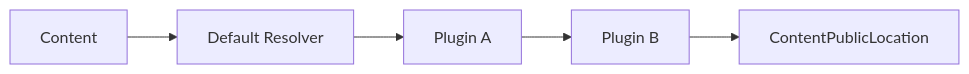
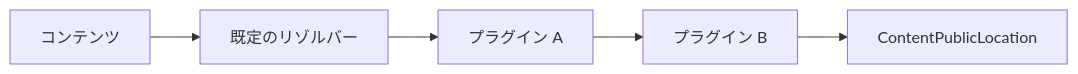
Before and after one commit to Rerurate514/riebeckite: the second of 8 diagrams in docs/docs/framework/plugin-system/pipeline.ja.md, drawn with Mermaid. The commit also changed other lines of this file and 310 other files, not shown here.

````diff
--- a/docs/docs/framework/plugin-system/pipeline.ja.md
+++ b/docs/docs/framework/plugin-system/pipeline.ja.md
@@ -94,13 +78,13 @@
 ```mermaid id="rbm5j4"
 flowchart LR
-    Content["Content"]
-    Default["Default Resolver"]
-    PluginA["Plugin A"]
-    PluginB["Plugin B"]
+    Content["コンテンツ"]
+    Default["既定のリゾルバー"]
+    PluginA["プラグイン A"]
+    PluginB["プラグイン B"]
     Location["ContentPublicLocation"]
 
     Content --> Default
     Default --> PluginA
     PluginA --> PluginB
     PluginB --> Location
 ```
````
